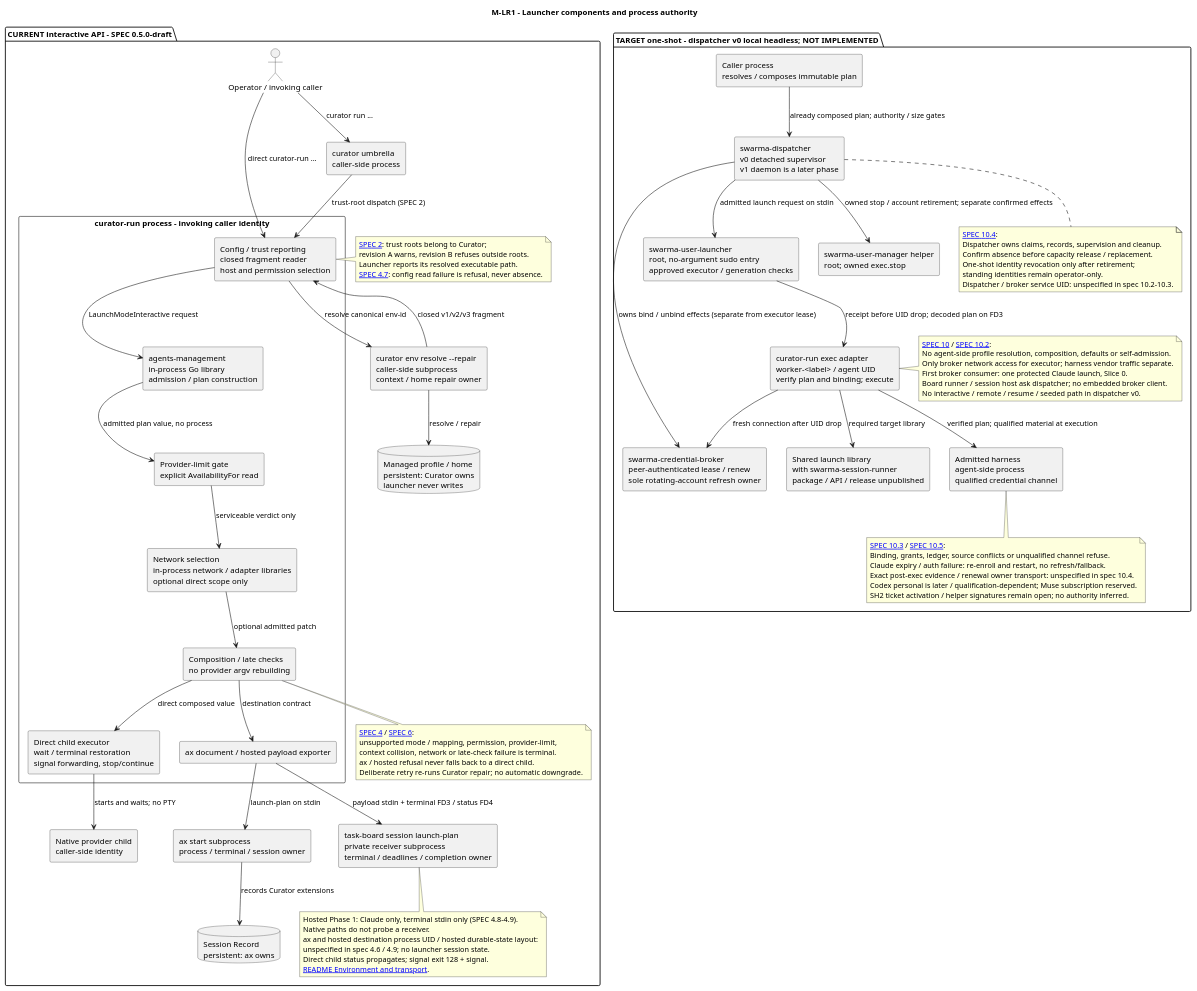
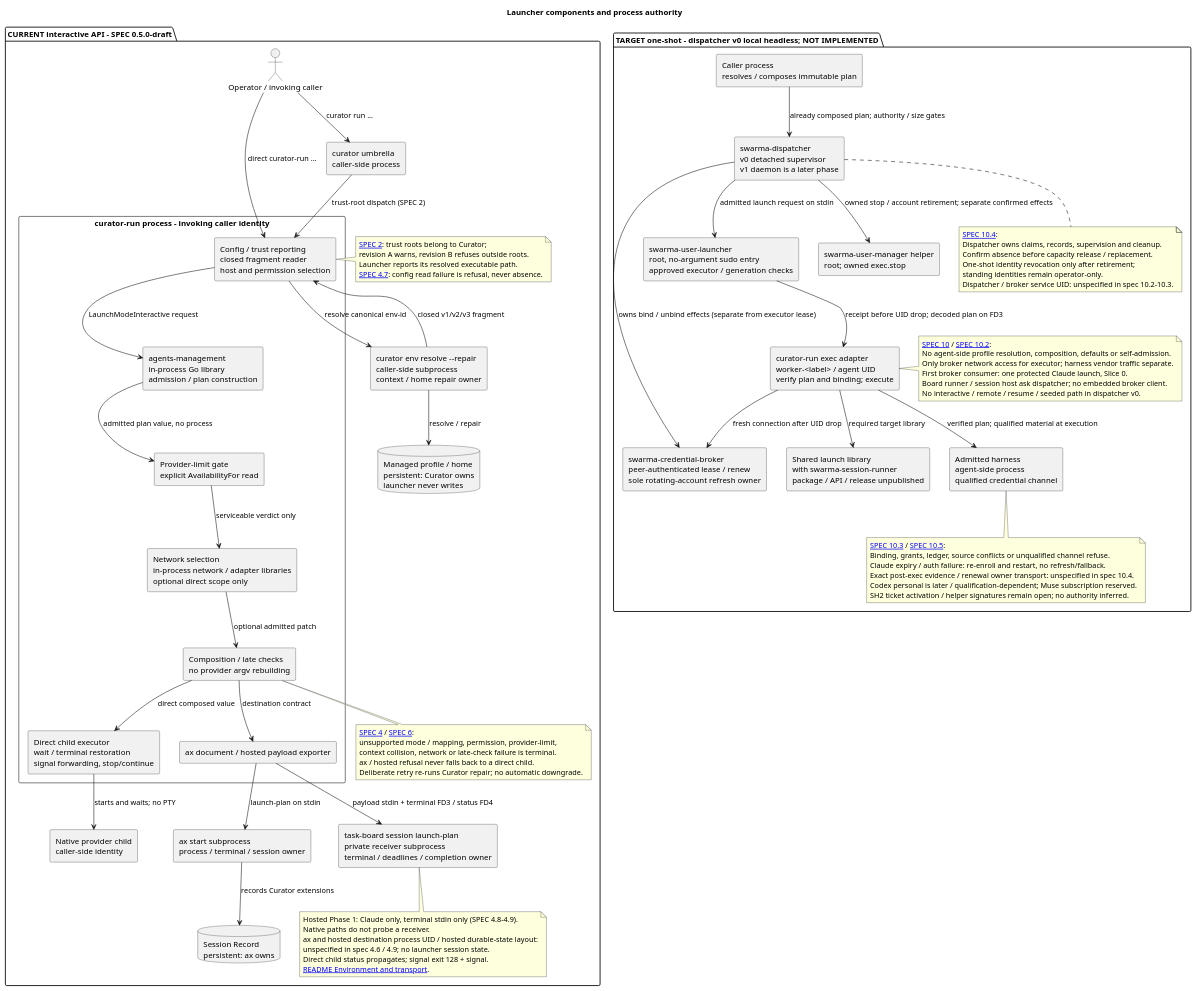
Before and after one commit to relux-works/curator-agent-launcher: the diagram in diagrams/components.puml, drawn with PlantUML. The commit also changed 7 other files, not shown here.

First line of the commit message:
diagrams: turn the stray outcome file into a figure index (TASK-261012-fowjug)

```diff
--- a/diagrams/components.puml
+++ b/diagrams/components.puml
@@ -1,104 +1,104 @@
 @startuml
-title M-LR1 - Launcher components and process authority
+title Launcher components and process authority
 skinparam componentStyle rectangle
 
 package "CURRENT interactive API - SPEC 0.5.0-draft" {
   actor "Operator / invoking caller" as operator
   component "curator umbrella\ncaller-side process" as umbrella
   component "curator env resolve --repair\ncaller-side subprocess\ncontext / home repair owner" as curator
   rectangle "curator-run process - invoking caller identity" {
     component "Config / trust reporting\nclosed fragment reader\nhost and permission selection" as config
     component "agents-management\nin-process Go library\nadmission / plan construction" as composer
     component "Provider-limit gate\nexplicit AvailabilityFor read" as limits
     component "Network selection\nin-process network / adapter libraries\noptional direct scope only" as network
     component "Composition / late checks\nno provider argv rebuilding" as compose
     component "Direct child executor\nwait / terminal restoration\nsignal forwarding, stop/continue" as executor
     component "ax document / hosted payload exporter" as exporter
   }
   component "Native provider child\ncaller-side identity" as child
   component "ax start subprocess\nprocess / terminal / session owner" as ax
   component "task-board session launch-plan\nprivate receiver subprocess\nterminal / deadlines / completion owner" as receiver
   database "Managed profile / home\npersistent: Curator owns\nlauncher never writes" as home
   database "Session Record\npersistent: ax owns" as record
   operator --> umbrella : curator run ...
   umbrella --> config : trust-root dispatch (SPEC 2)
   operator --> config : direct curator-run ...
   config --> curator : resolve canonical env-id
   curator --> home : resolve / repair
   curator --> config : closed v1/v2/v3 fragment
   config --> composer : LaunchModeInteractive request
   composer --> limits : admitted plan value, no process
   limits --> network : serviceable verdict only
   network --> compose : optional admitted patch
   compose --> executor : direct composed value
   executor --> child : starts and waits; no PTY
   compose --> exporter : destination contract
   exporter --> ax : launch-plan on stdin
   ax --> record : records Curator extensions
   exporter --> receiver : payload stdin + terminal FD3 / status FD4
   note right of config
     [[../SPEC.md#2-discovery-and-naming SPEC 2]]: trust roots belong to Curator;
     revision A warns, revision B refuses outside roots.
     Launcher reports its resolved executable path.
     [[../SPEC.md#47-the-launchers-configuration-file-family SPEC 4.7]]: config read failure is refusal, never absence.
   end note
   note bottom of compose
     [[../SPEC.md#4-composition-algorithm SPEC 4]] / [[../SPEC.md#6-errors-and-diagnostics SPEC 6]]:
     unsupported mode / mapping, permission, provider-limit,
     context collision, network or late-check failure is terminal.
     ax / hosted refusal never falls back to a direct child.
     Deliberate retry re-runs Curator repair; no automatic downgrade.
   end note
   note bottom of receiver
     Hosted Phase 1: Claude only, terminal stdin only (SPEC 4.8-4.9).
     Native paths do not probe a receiver.
     ax and hosted destination process UID / hosted durable-state layout:
     unspecified in spec 4.6 / 4.9; no launcher session state.
     Direct child status propagates; signal exit 128 + signal.
     [[../README.md#environment-and-transport README Environment and transport]].
   end note
 }
 
 package "TARGET one-shot - dispatcher v0 local headless; NOT IMPLEMENTED" {
   component "Caller process\nresolves / composes immutable plan" as caller
   component "swarma-dispatcher\nv0 detached supervisor\nv1 daemon is a later phase" as dispatcher
   component "swarma-user-launcher\nroot, no-argument sudo entry\napproved executor / generation checks" as privileged
   component "curator-run exec adapter\nworker-<label> / agent UID\nverify plan and binding; execute" as agent
   component "Shared launch library\nwith swarma-session-runner\npackage / API / release unpublished" as shared
   component "swarma-credential-broker\npeer-authenticated lease / renew\nsole rotating-account refresh owner" as broker
   component "Admitted harness\nagent-side process\nqualified credential channel" as harness
   component "swarma-user-manager helper\nroot; owned exec.stop" as helper
   caller --> dispatcher : already composed plan; authority / size gates
   dispatcher --> privileged : admitted launch request on stdin
   privileged --> agent : receipt before UID drop; decoded plan on FD3
   agent --> shared : required target library
   agent --> broker : fresh connection after UID drop
   agent --> harness : verified plan; qualified material at execution
   dispatcher --> broker : owns bind / unbind effects (separate from executor lease)
   dispatcher --> helper : owned stop / account retirement; separate confirmed effects
   note right of agent
     [[../SPEC.md#10-agent-account-one-shot-exec-contract-target-amendment SPEC 10]] / [[../SPEC.md#102-caller-dispatcher-privileged-launcher-and-executor SPEC 10.2]]:
     No agent-side profile resolution, composition, defaults or self-admission.
     Only broker network access for executor; harness vendor traffic separate.
     First broker consumer: one protected Claude launch, Slice 0.
     Board runner / session host ask dispatcher; no embedded broker client.
     No interactive / remote / resume / seeded path in dispatcher v0.
   end note
   note bottom of dispatcher
     [[../SPEC.md#104-signals-stop-receipts-and-cleanup SPEC 10.4]]:
     Dispatcher owns claims, records, supervision and cleanup.
     Confirm absence before capacity release / replacement.
     One-shot identity revocation only after retirement;
     standing identities remain operator-only.
     Dispatcher / broker service UID: unspecified in spec 10.2-10.3.
   end note
   note bottom of harness
     [[../SPEC.md#103-broker-binding-credential-delivery-and-rollout SPEC 10.3]] / [[../SPEC.md#105-typed-refusals-exit-status-and-activation-questions SPEC 10.5]]:
     Binding, grants, ledger, source conflicts or unqualified channel refuse.
     Claude expiry / auth failure: re-enroll and restart, no refresh/fallback.
     Exact post-exec evidence / renewal owner transport: unspecified in spec 10.4.
     Codex personal is later / qualification-dependent; Muse subscription reserved.
     SH2 ticket activation / helper signatures remain open; no authority inferred.
   end note
 }
 @enduml
```
